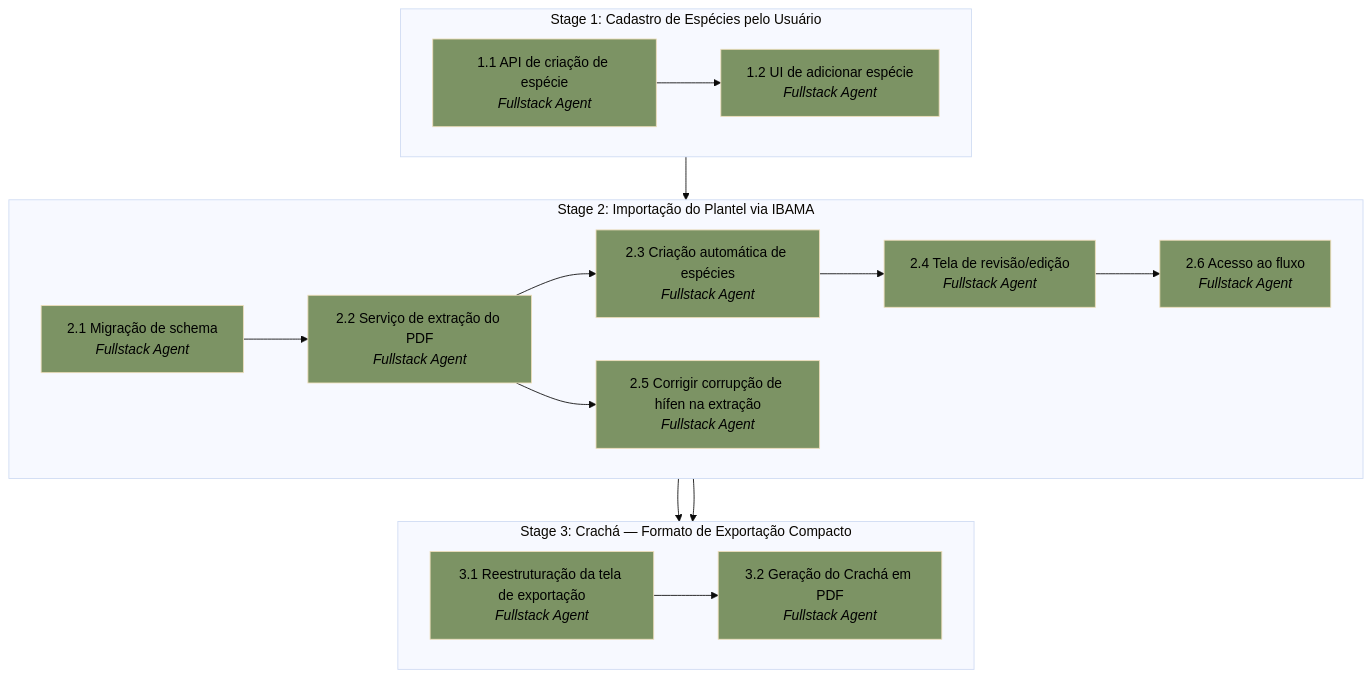
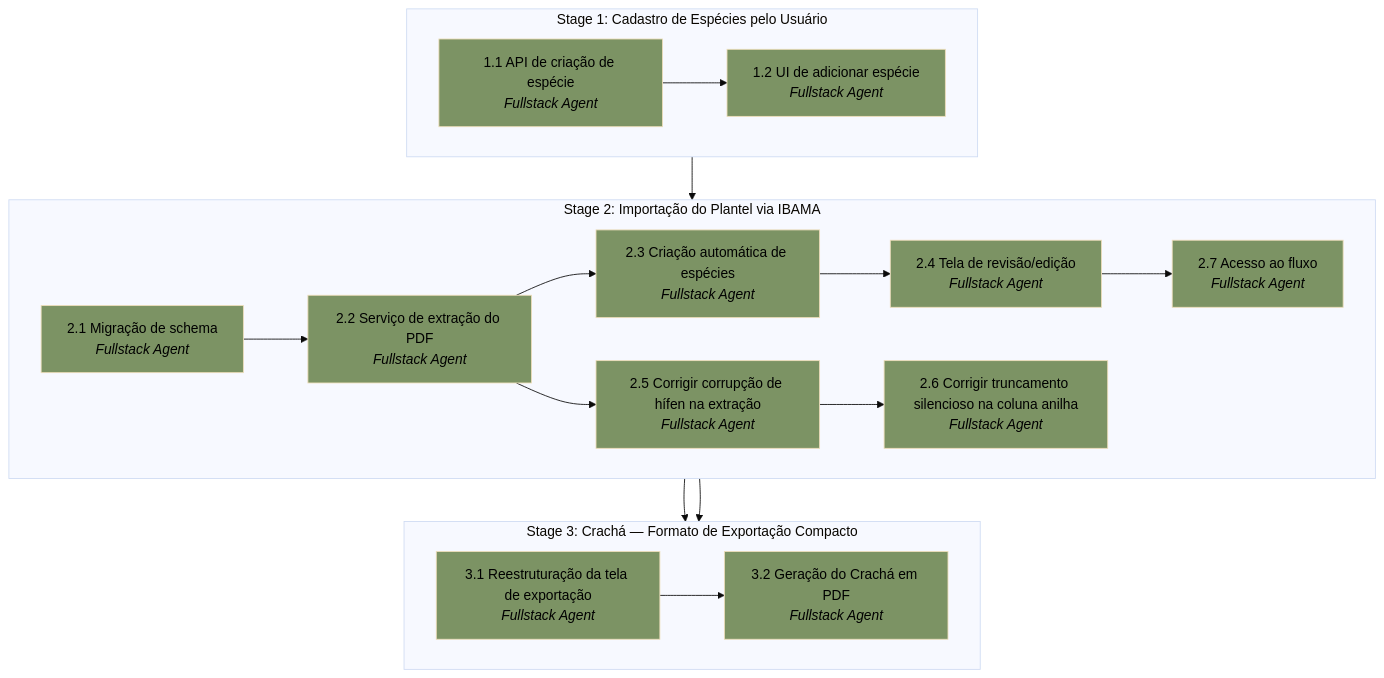
The diagram in .apm/plan.md (gersonvan/ninhal), drawn with Mermaid (base theme) before and after one commit. The commit also changed other lines of this file and 2 other files, not shown here.

First line of the commit message:
docs: adicionar Task 2.6 para corrigir truncamento silencioso de anilha

````diff
--- a/.apm/plan.md
+++ b/.apm/plan.md
@@ -24,37 +24,39 @@
 ```mermaid
 graph TB
 
 subgraph S1["Stage 1: Cadastro de Espécies pelo Usuário"]
   direction LR
   T1_1["1.1 API de criação de espécie<br/><i>Fullstack Agent</i>"] --> T1_2["1.2 UI de adicionar espécie<br/><i>Fullstack Agent</i>"]
 end
 
 subgraph S2["Stage 2: Importação do Plantel via IBAMA"]
   direction LR
   T2_1["2.1 Migração de schema<br/><i>Fullstack Agent</i>"] --> T2_2["2.2 Serviço de extração do PDF<br/><i>Fullstack Agent</i>"]
   T2_2 --> T2_3["2.3 Criação automática de espécies<br/><i>Fullstack Agent</i>"]
   T2_3 --> T2_4["2.4 Tela de revisão/edição<br/><i>Fullstack Agent</i>"]
   T2_2 --> T2_5["2.5 Corrigir corrupção de hífen na extração<br/><i>Fullstack Agent</i>"]
-  T2_4 --> T2_6["2.6 Acesso ao fluxo<br/><i>Fullstack Agent</i>"]
+  T2_5 --> T2_6["2.6 Corrigir truncamento silencioso na coluna anilha<br/><i>Fullstack Agent</i>"]
+  T2_4 --> T2_7["2.7 Acesso ao fluxo<br/><i>Fullstack Agent</i>"]
 end
 
 subgraph S3["Stage 3: Crachá — Formato de Exportação Compacto"]
   direction LR
   T3_1["3.1 Reestruturação da tela de exportação<br/><i>Fullstack Agent</i>"] --> T3_2["3.2 Geração do Crachá em PDF<br/><i>Fullstack Agent</i>"]
 end
 
 T1_1 --> T2_3
 T2_1 --> T3_1
 T2_1 --> T3_2
 
 style T1_1 fill:#7C9364,color:#000
 style T1_2 fill:#7C9364,color:#000
 style T2_1 fill:#7C9364,color:#000
 style T2_2 fill:#7C9364,color:#000
 style T2_3 fill:#7C9364,color:#000
 style T2_4 fill:#7C9364,color:#000
 style T2_5 fill:#7C9364,color:#000
 style T2_6 fill:#7C9364,color:#000
+style T2_7 fill:#7C9364,color:#000
 style T3_1 fill:#7C9364,color:#000
 style T3_2 fill:#7C9364,color:#000
 ```
````
